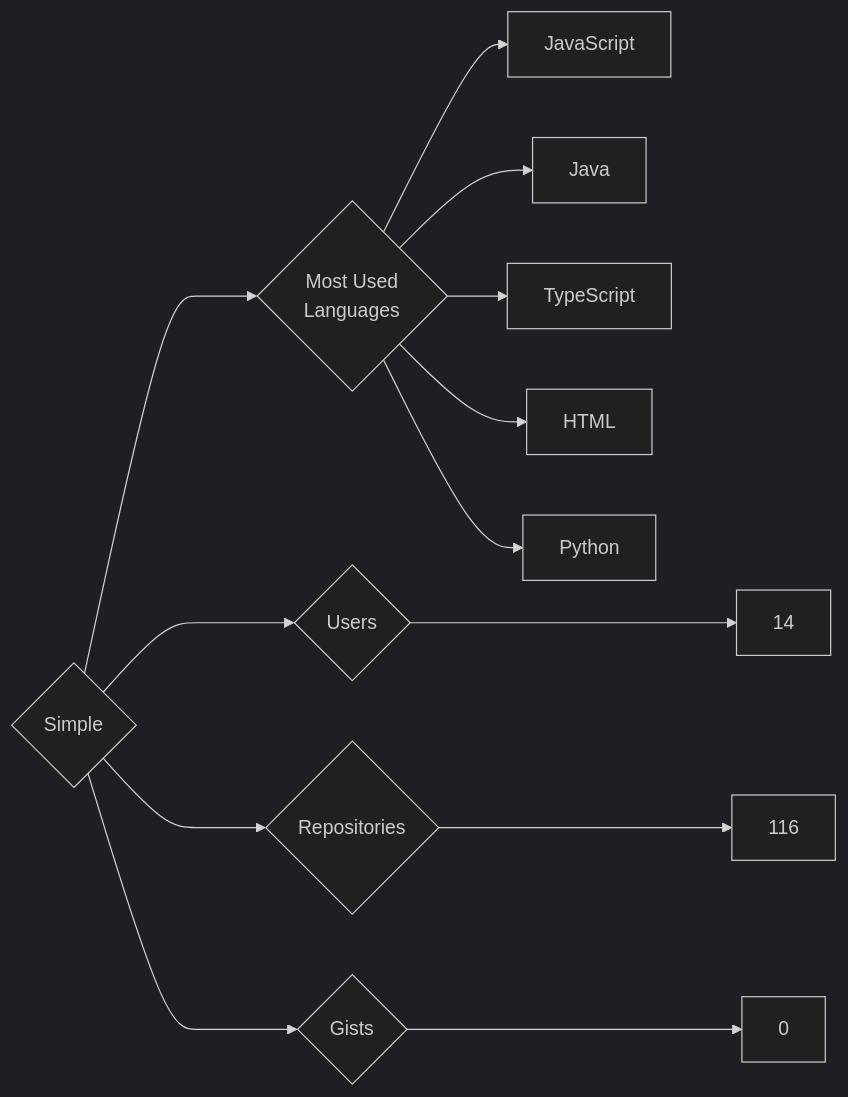
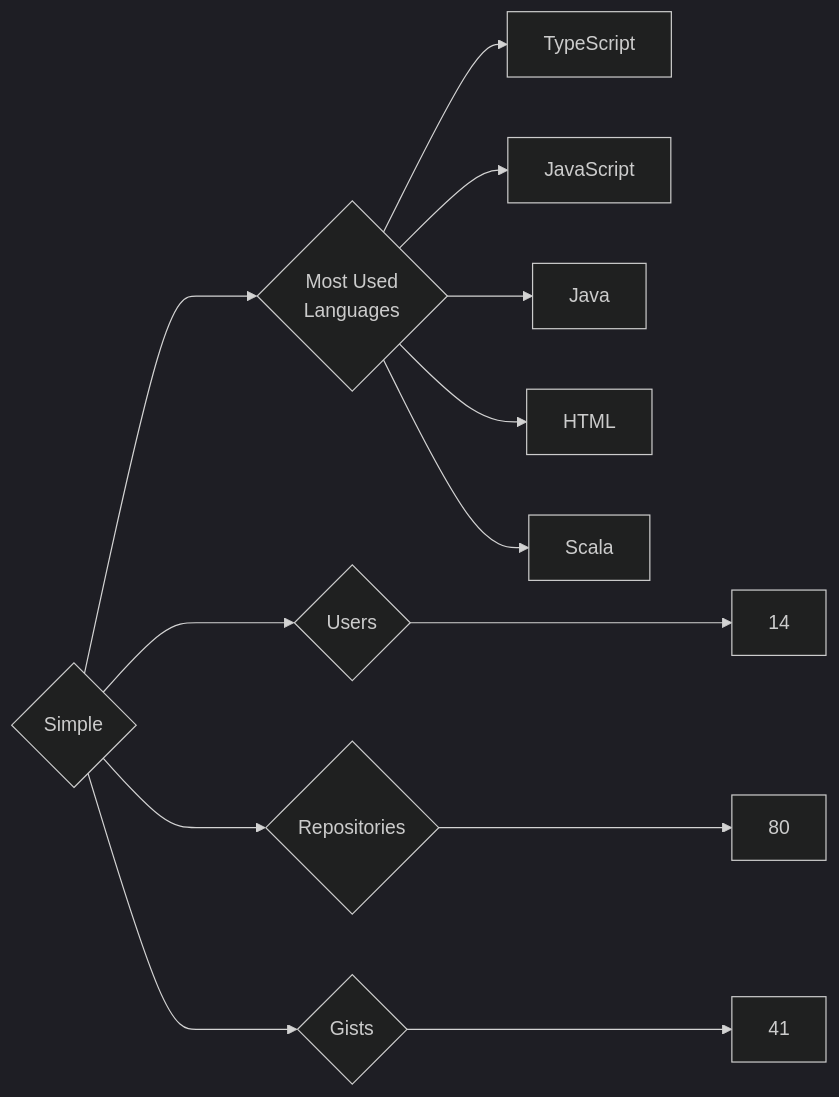
Before and after one commit to trickest/insiders: the diagram in targets/Simple/README.md, drawn with Mermaid (dark theme). The commit also changed 997 other files, not shown here.

````diff
--- a/targets/Simple/README.md
+++ b/targets/Simple/README.md
@@ -3,13 +3,13 @@
 ```mermaid
 graph LR
 COMPANY_NAME{Simple}
 COMPANY_NAME ---> U{Users} ---> UN[14]
-COMPANY_NAME ---> R{Repositories} ---> RN[116]
-COMPANY_NAME ---> G{Gists} ---> GN[0]
+COMPANY_NAME ---> R{Repositories} ---> RN[80]
+COMPANY_NAME ---> G{Gists} ---> GN[41]
 COMPANY_NAME ---> ML{Most Used<br>Languages}
-ML --> JavaScript
-ML --> Java
-ML --> TypeScript
-ML --> HTML
-ML --> Python
+ML --> TypeScript[TypeScript]
+ML --> JavaScript[JavaScript]
+ML --> Java[Java]
+ML --> HTML[HTML]
+ML --> Scala[Scala]
 ```
````
